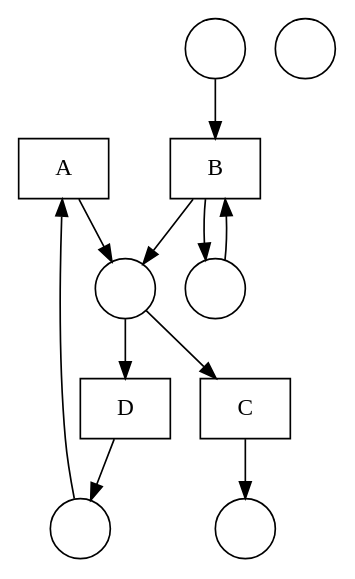
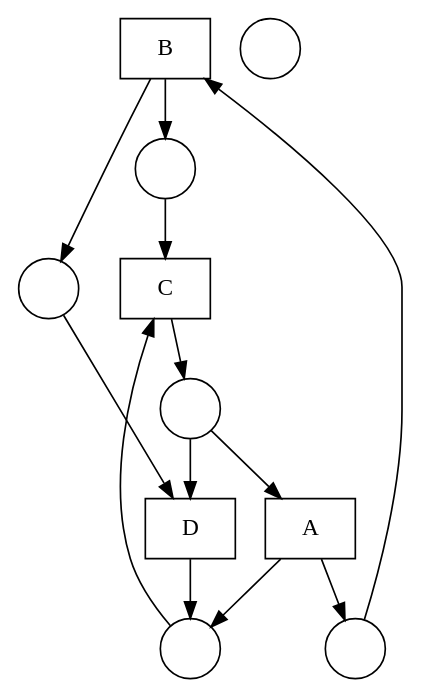
The diagram in nets/Fittest net.gv (DWitek97/GeneticMiner), drawn with Graphviz before and after one commit. The commit also changed 6 other files, not shown here.

```diff
--- a/nets/Fittest net.gv
+++ b/nets/Fittest net.gv
@@ -1,24 +1,26 @@
 digraph "Fittest net" {
 	node [shape=box]
+	B [label=B]
+	C [label=C]
+	D [label=D]
 	A [label=A]
-	B [label=B]
-	D [label=D]
-	C [label=C]
 	node [shape=circle]
 	1 [label=" "]
 	2 [label=" "]
 	3 [label=" "]
 	4 [label=" "]
 	5 [label=" "]
 	6 [label=" "]
+	3 -> B
+	B -> 5
+	B -> 4
+	4 -> C
+	2 -> C
+	C -> 1
+	1 -> D
+	5 -> D
+	D -> 2
 	1 -> A
 	A -> 3
-	4 -> B
-	2 -> B
-	B -> 3
-	B -> 4
-	3 -> D
-	D -> 1
-	3 -> C
-	C -> 5
+	A -> 2
 }
```
